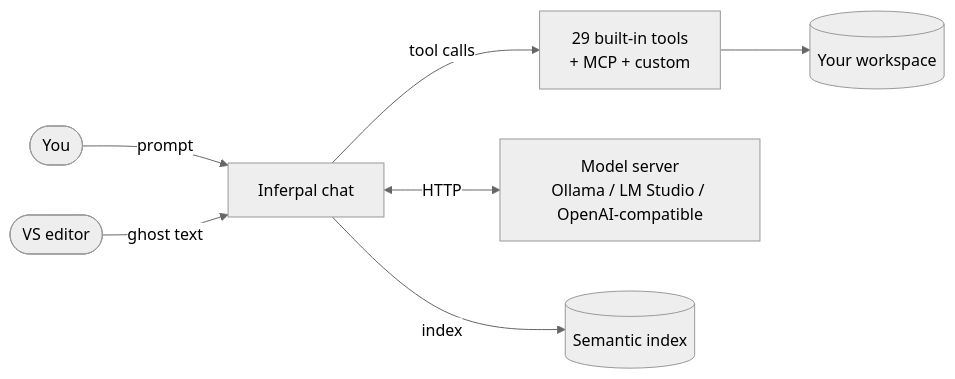
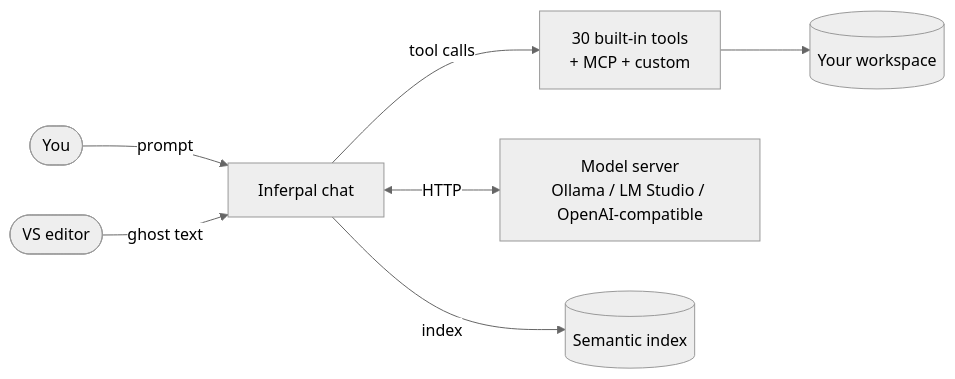
Before and after one commit to EstaxNet/Inferpal: the diagram in docs/README.md, drawn with Mermaid (neutral theme). The commit also changed other lines of this file and 41 other files, not shown here.

First line of the commit message:
MCP tools beyond a tenth of the context window wait on demand: tool_search names and loads them, X-Ray says so

````diff
--- a/docs/README.md
+++ b/docs/README.md
@@ -23,9 +23,9 @@
 ```mermaid
 flowchart LR
     user([You]) -->|prompt| chat[Inferpal chat]
-    chat -->|tool calls| tools[29 built-in tools<br/>+ MCP + custom]
+    chat -->|tool calls| tools[30 built-in tools<br/>+ MCP + custom]
     chat <-->|HTTP| provider[Model server<br/>Ollama / LM Studio / OpenAI-compatible]
     tools --> ws[(Your workspace)]
     editor([VS editor]) -->|ghost text| chat
     chat -->|index| rag[(Semantic index)]
 ```
````
